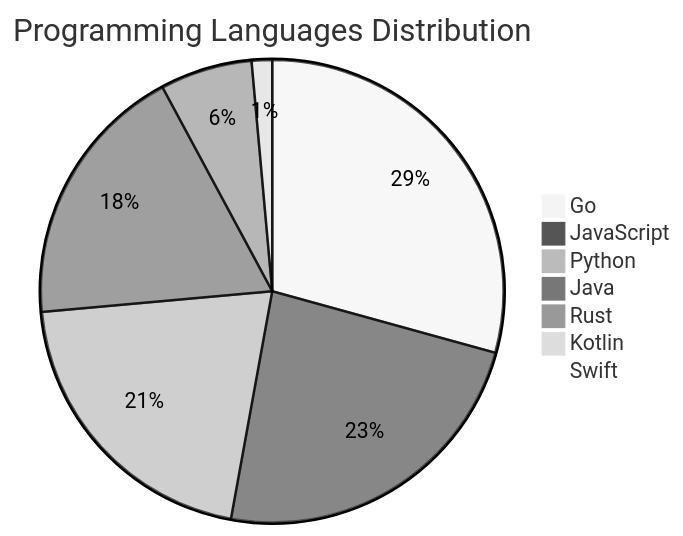
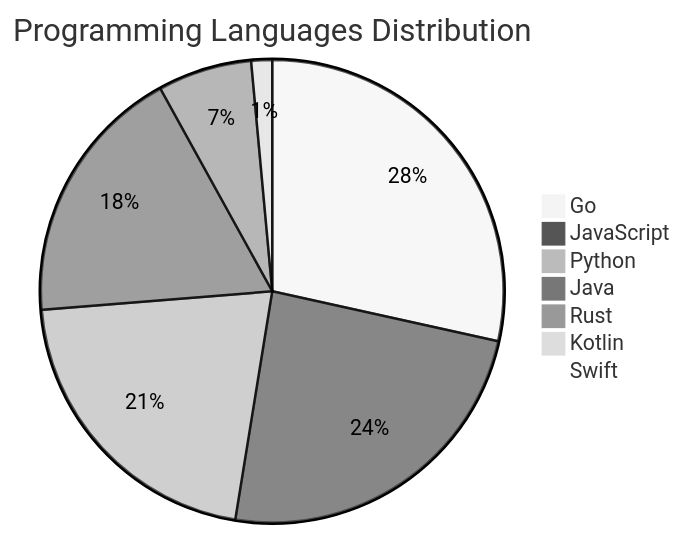
The diagram in README.md (Derrick-MUGISHA/github-activity-bot), drawn with Mermaid (neutral theme) before and after one commit. The commit also changed other lines of this file and 4 other files, not shown here.

````diff
--- a/README.md
+++ b/README.md
@@ -207,10 +207,10 @@
 ```mermaid
 pie title Programming Languages Distribution
-    "Go" : 41
+    "Go" : 39
     "JavaScript" : 33
     "Python" : 29
-    "Java" : 26
+    "Java" : 25
     "Rust" : 9
     "Kotlin" : 2
     "Swift" : 1
 ```
````
